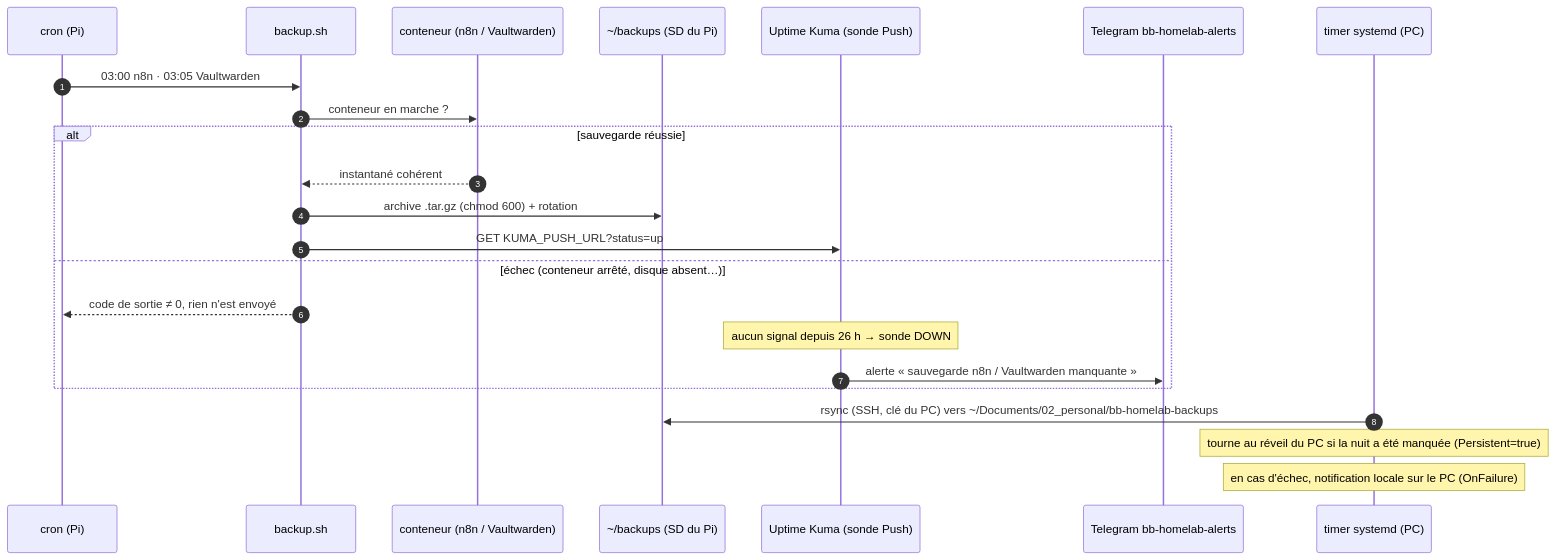
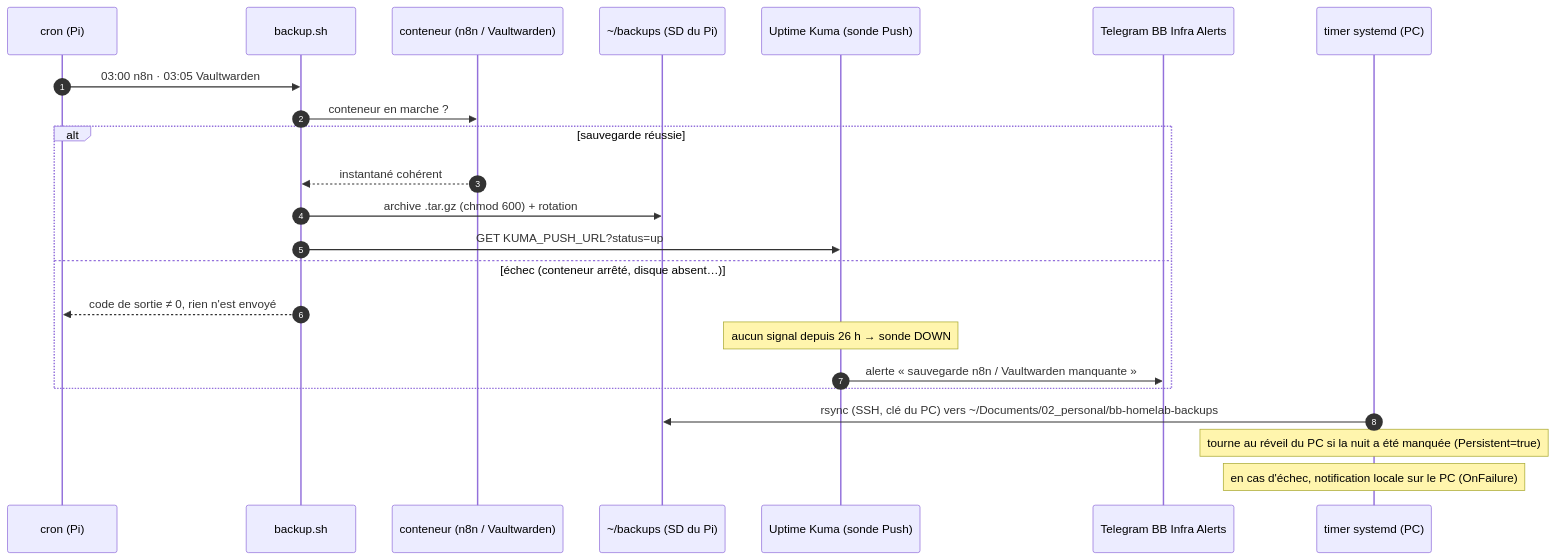
Before and after one commit to benoit-bremaud/bb-homelab: the diagram in docs/architecture/diagrams/backup/01-sequence.md, drawn with Mermaid. The commit also changed 11 other files, not shown here.

````diff
--- a/docs/architecture/diagrams/backup/01-sequence.md
+++ b/docs/architecture/diagrams/backup/01-sequence.md
@@ -21,26 +21,26 @@
 ```mermaid
 sequenceDiagram
   autonumber
   participant cron as cron (Pi)
   participant bk as backup.sh
   participant ct as conteneur (n8n / Vaultwarden)
   participant sd as ~/backups (SD du Pi)
   participant kuma as Uptime Kuma (sonde Push)
-  participant tg as Telegram bb-homelab-alerts
+  participant tg as Telegram BB Infra Alerts
   participant pc as timer systemd (PC)
 
   cron->>bk: 03:00 n8n · 03:05 Vaultwarden
   bk->>ct: conteneur en marche ?
   alt sauvegarde réussie
     ct-->>bk: instantané cohérent
     bk->>sd: archive .tar.gz (chmod 600) + rotation
     bk->>kuma: GET KUMA_PUSH_URL?status=up
   else échec (conteneur arrêté, disque absent…)
     bk-->>cron: code de sortie ≠ 0, rien n'est envoyé
     Note over kuma: aucun signal depuis 26 h → sonde DOWN
     kuma->>tg: alerte « sauvegarde n8n / Vaultwarden manquante »
   end
   pc->>sd: rsync (SSH, clé du PC) vers ~/Documents/02_personal/bb-homelab-backups
   Note over pc: tourne au réveil du PC si la nuit a été manquée (Persistent=true)
   Note over pc: en cas d'échec, notification locale sur le PC (OnFailure)
 ```
````
